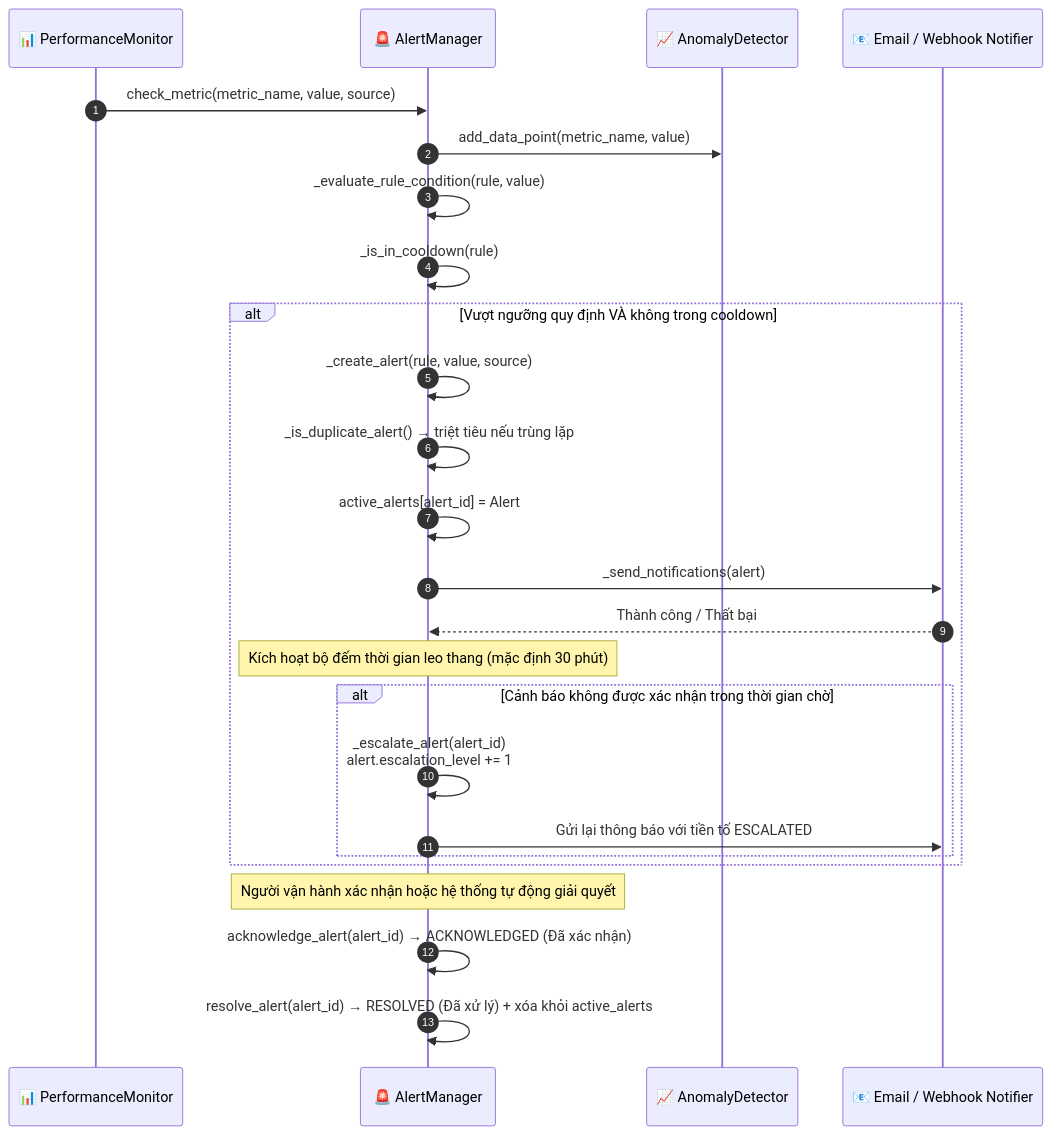
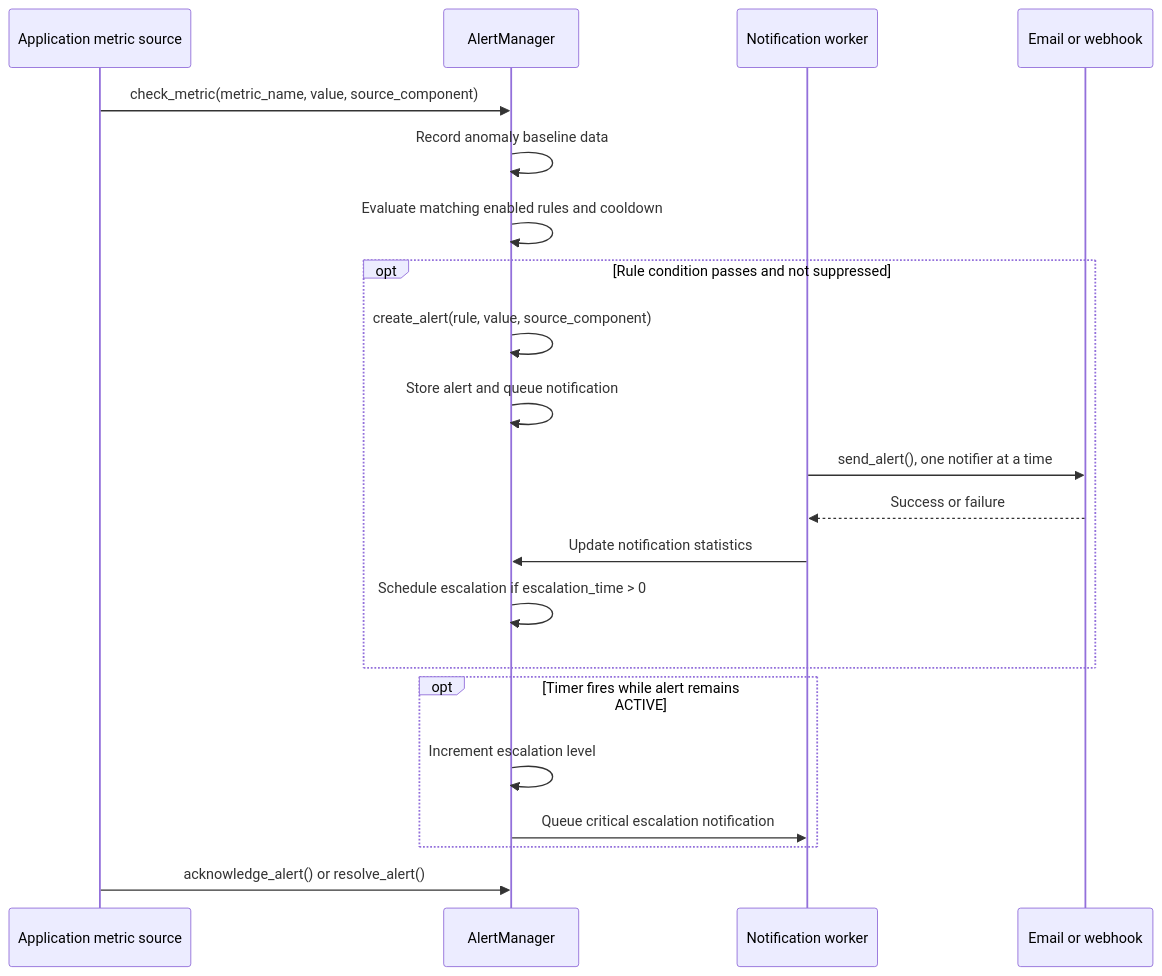
The diagram in docs/vi/workflows/risk-alerts.md (VanDung-dev/HieraChain), drawn with Mermaid before and after one commit. The commit also changed other lines of this file and 158 other files, not shown here.

````diff
--- a/docs/vi/workflows/risk-alerts.md
+++ b/docs/vi/workflows/risk-alerts.md
@@ -17,33 +17,23 @@
 ```mermaid
 sequenceDiagram
-    autonumber
-    participant PM as 📊 PerformanceMonitor
-    participant AM as 🚨 AlertManager
-    participant AD as 📈 AnomalyDetector
-    participant NTF as 📧 Email / Webhook Notifier
-
-    PM->>AM: check_metric(metric_name, value, source)
-    AM->>AD: add_data_point(metric_name, value)
-    AM->>AM: _evaluate_rule_condition(rule, value)
-    AM->>AM: _is_in_cooldown(rule)
-
-    alt Vượt ngưỡng quy định VÀ không trong cooldown
-        AM->>AM: _create_alert(rule, value, source)
-        AM->>AM: _is_duplicate_alert() → triệt tiêu nếu trùng lặp
-        AM->>AM: active_alerts[alert_id] = Alert
-        AM->>NTF: _send_notifications(alert)
-        NTF-->>AM: Thành công / Thất bại
-
-        Note over AM: Kích hoạt bộ đếm thời gian leo thang (mặc định 30 phút)
-
-        alt Cảnh báo không được xác nhận trong thời gian chờ
-            AM->>AM: _escalate_alert(alert_id)<br/>alert.escalation_level += 1
-            AM->>NTF: Gửi lại thông báo với tiền tố ESCALATED
-        end
+    participant App as Application metric source
+    participant AM as AlertManager
+    participant Worker as Notification worker
+    participant Notifier as Email or webhook
+    App->>AM: check_metric(metric_name, value, source_component)
+    AM->>AM: Record anomaly baseline data
+    AM->>AM: Evaluate matching enabled rules and cooldown
+    opt Rule condition passes and not suppressed
+        AM->>AM: create_alert(rule, value, source_component)
+        AM->>AM: Store alert and queue notification
+        Worker->>Notifier: send_alert(), one notifier at a time
+        Notifier-->>Worker: Success or failure
+        Worker->>AM: Update notification statistics
+        AM->>AM: Schedule escalation if escalation_time > 0
     end
-
-    Note over AM: Người vận hành xác nhận hoặc hệ thống tự động giải quyết
-
-    AM->>AM: acknowledge_alert(alert_id) → ACKNOWLEDGED (Đã xác nhận)
-    AM->>AM: resolve_alert(alert_id) → RESOLVED (Đã xử lý) + xóa khỏi active_alerts
+    opt Timer fires while alert remains ACTIVE
+        AM->>AM: Increment escalation level
+        AM->>Worker: Queue critical escalation notification
+    end
+    App->>AM: acknowledge_alert() or resolve_alert()
 ```
````
